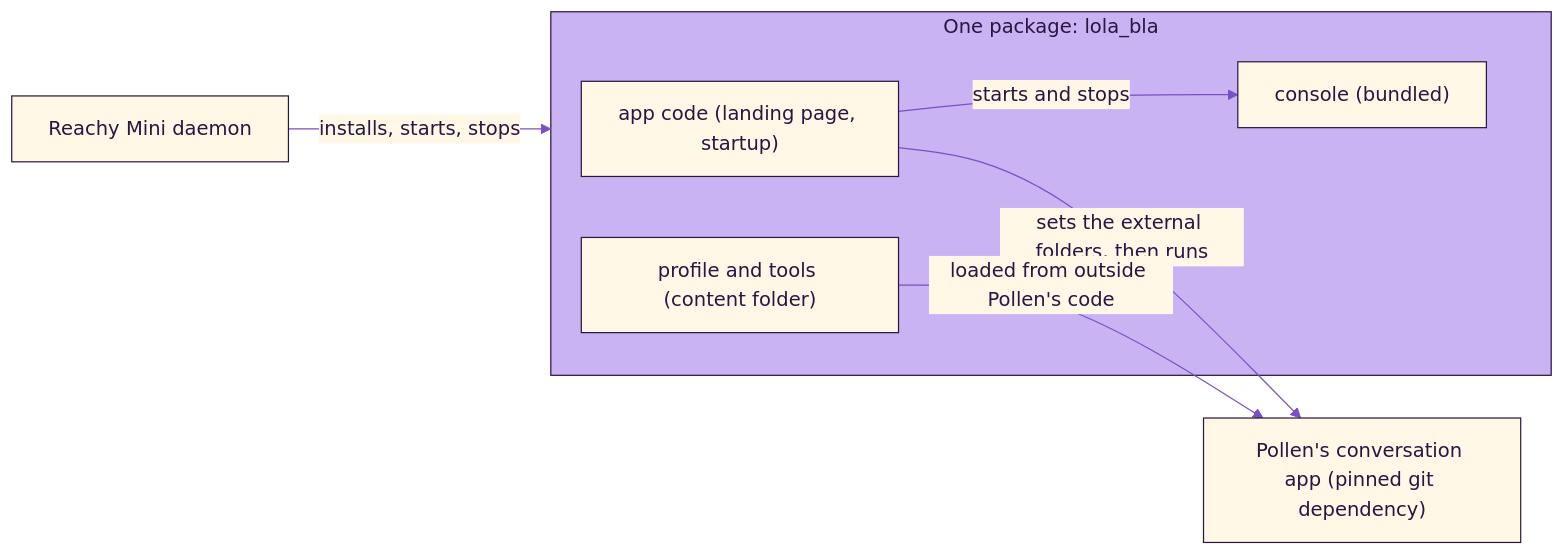
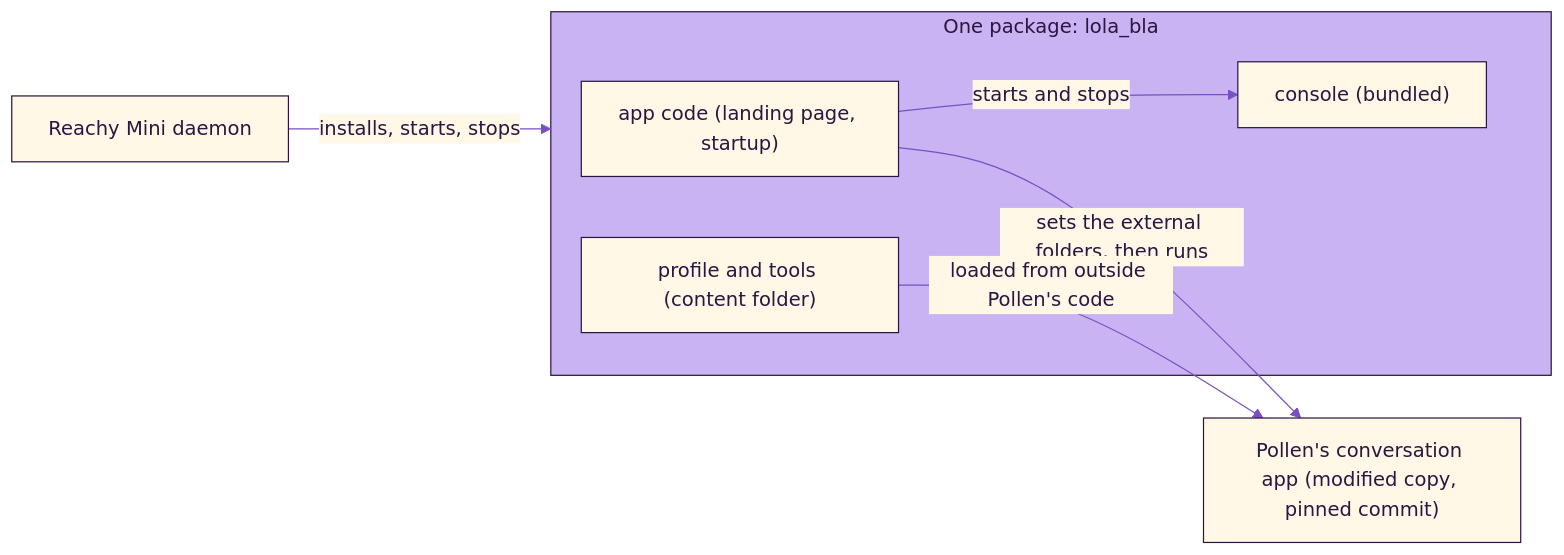
Before and after one commit to betiana688/lola-bla: the diagram in docs/architecture/installable-package.md, drawn with Mermaid. The commit also changed other lines of this file and 2 other files, not shown here.

Commit message:
docs: installable package approved; decision to fork Pollen's app; backlog

````diff
--- a/docs/architecture/installable-package.md
+++ b/docs/architecture/installable-package.md
@@ -21,15 +21,15 @@
 ```mermaid
 %%{init: {"theme":"base","themeVariables":{"primaryColor":"#FFF8E7","primaryTextColor":"#2A1640","primaryBorderColor":"#2A1640","lineColor":"#7B4FC4","textColor":"#7B4FC4","secondaryColor":"#F7D33E","tertiaryColor":"#C9B3F2","noteBkgColor":"#F7D33E","noteTextColor":"#2A1640","noteBorderColor":"#2A1640","actorBkg":"#FFF8E7","actorBorder":"#2A1640","actorTextColor":"#2A1640","actorLineColor":"#7B4FC4","signalColor":"#7B4FC4","signalTextColor":"#7B4FC4","labelBoxBkgColor":"#FFF8E7","labelBoxBorderColor":"#2A1640","labelTextColor":"#2A1640","loopTextColor":"#7B4FC4","edgeLabelBackground":"#FFF8E7","clusterBkg":"#C9B3F2","clusterBorder":"#2A1640","titleColor":"#2A1640"}}}%%
 flowchart LR
   subgraph S["One package: lola_bla"]
     A["app code (landing page, startup)"]
     C["console (bundled)"]
     P["profile and tools (content folder)"]
   end
-  D["Pollen's conversation app (pinned git dependency)"]
+  D["Pollen's conversation app (modified copy, pinned commit)"]
   R["Reachy Mini daemon"]
   A -->|"sets the external folders, then runs"| D
   P -->|"loaded from outside Pollen's code"| D
   A -->|"starts and stops"| C
   R -->|"installs, starts, stops"| S
 ```
````
